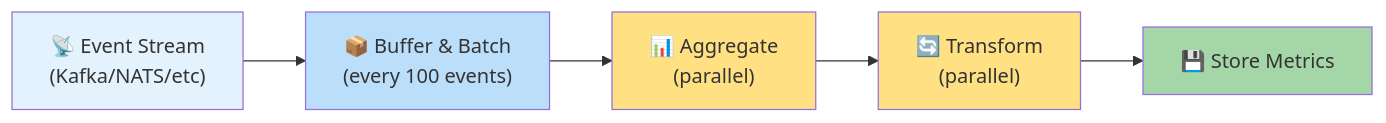
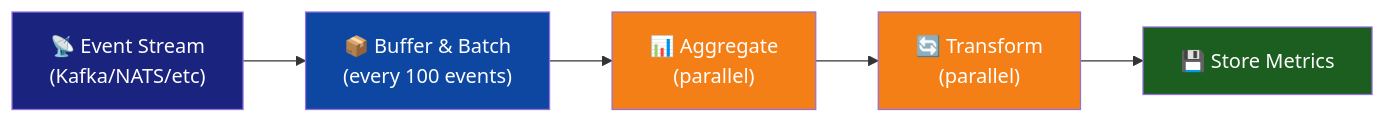
Before and after one commit to Singularity-ng/singularity-workflows: the ninth of 13 diagrams in README.md, drawn with Mermaid. The commit also changed other lines of this file, not shown here.

First line of the commit message:
Improve Mermaid diagram contrast for dark GitHub theme

````diff
--- a/README.md
+++ b/README.md
@@ -262,19 +262,19 @@
 ```mermaid
 graph LR
     A["📡 Event Stream<br/>(Kafka/NATS/etc)"]
     B["📦 Buffer & Batch<br/>(every 100 events)"]
     C["📊 Aggregate<br/>(parallel)"]
     D["🔄 Transform<br/>(parallel)"]
     E["💾 Store Metrics"]
 
     A --> B
     B --> C
     C --> D
     D --> E
 
-    style A fill:#E3F2FD
-    style B fill:#BBDEFB
-    style C fill:#FFE082
-    style D fill:#FFE082
-    style E fill:#A5D6A7
+    style A fill:#1a237e,color:#fff
+    style B fill:#0d47a1,color:#fff
+    style C fill:#f57f17,color:#fff
+    style D fill:#f57f17,color:#fff
+    style E fill:#1b5e20,color:#fff
 ```
````
